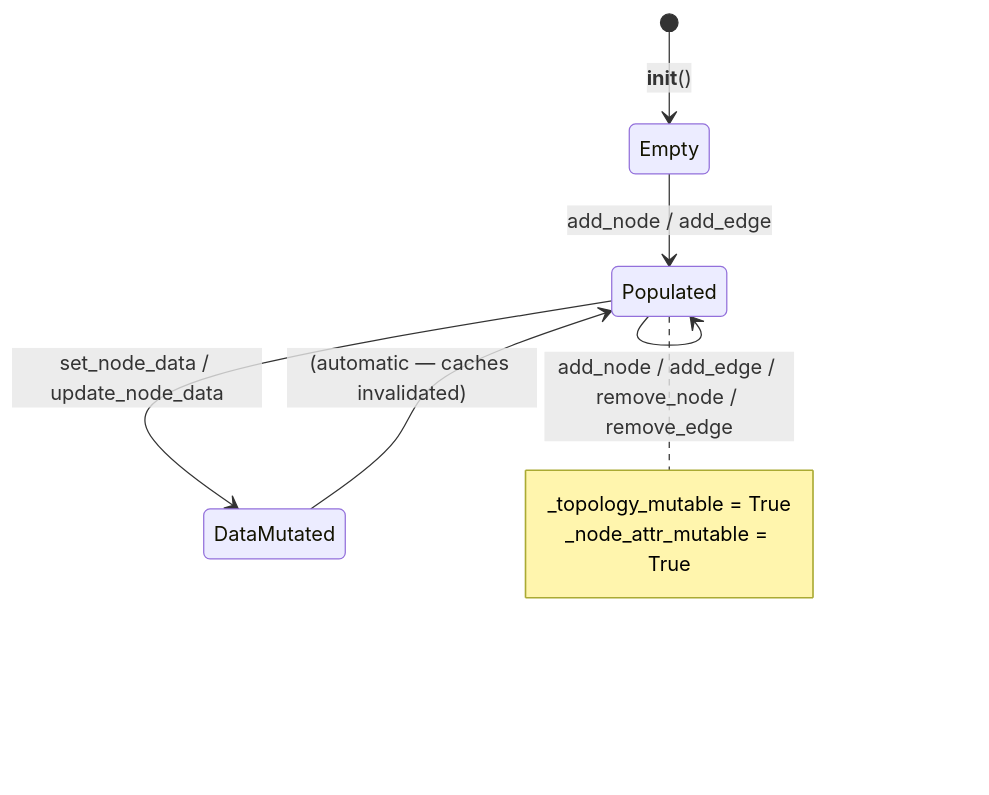
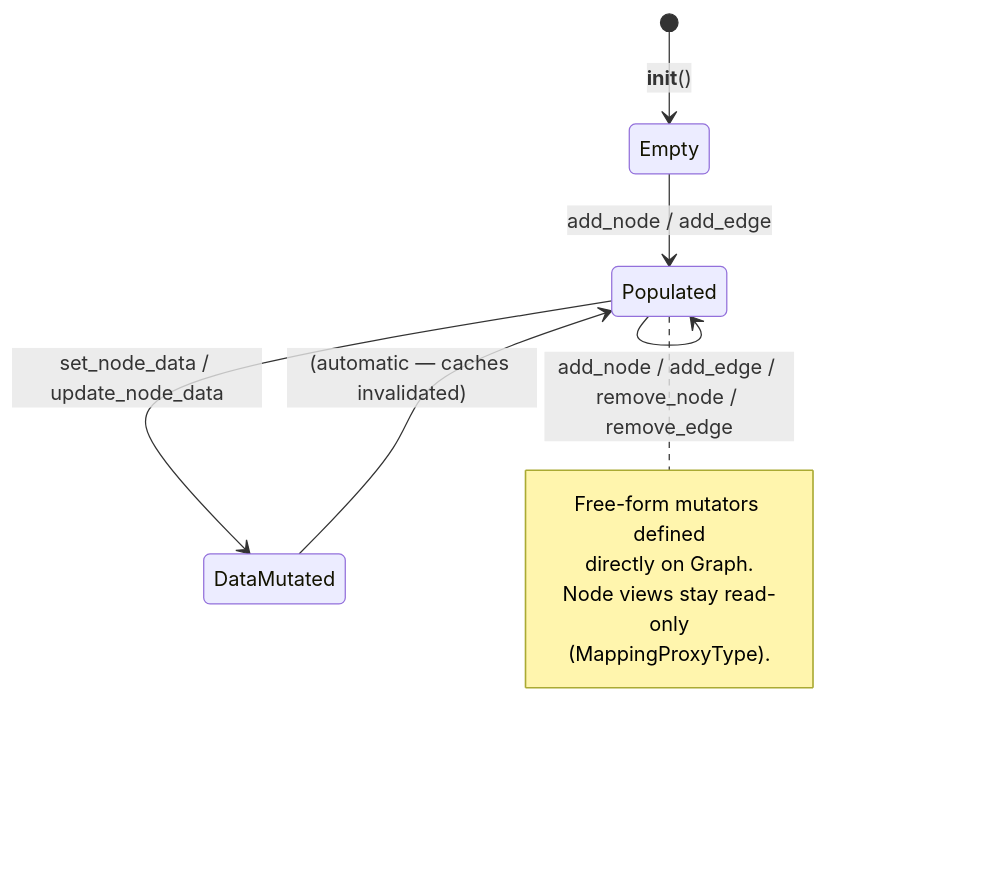
The first of 10 diagrams in docs/architecture/12_LIFECYCLE.md (kr4g/Klotho), drawn with Mermaid before and after one commit. The commit also changed other lines of this file and 13 other files, not shown here.

First line of the commit message:
Overhaul architecture docs for Klotho 10.x API

````diff
--- a/docs/architecture/12_LIFECYCLE.md
+++ b/docs/architecture/12_LIFECYCLE.md
@@ -14,13 +17,15 @@
 ```mermaid
 stateDiagram-v2
     [*] --> Empty : __init__()
     Empty --> Populated : add_node / add_edge
     Populated --> Populated : add_node / add_edge / remove_node / remove_edge
     Populated --> DataMutated : set_node_data / update_node_data
     DataMutated --> Populated : (automatic — caches invalidated)
 
     note right of Populated
-        _topology_mutable = True
-        _node_attr_mutable = True
+        Free-form mutators defined
+        directly on Graph.
+        Node views stay read-only
+        (MappingProxyType).
     end note
 ```
````
